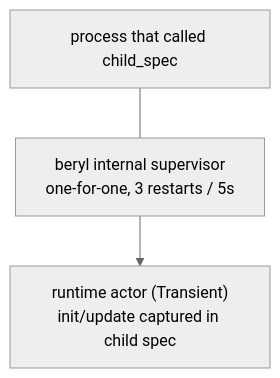
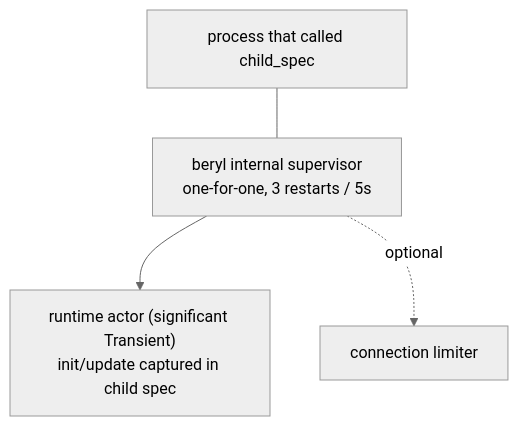
The diagram in website/src/content/docs/architecture/runtime.md (tylerbutler/beryl), drawn with Mermaid (neutral theme) before and after one commit. The commit also changed other lines of this file and 15 other files, not shown here.

````diff
--- a/website/src/content/docs/architecture/runtime.md
+++ b/website/src/content/docs/architecture/runtime.md
@@ -52,6 +52,7 @@
 ```mermaid
 flowchart TB
   APP["process that called child_spec"]
   APP --- SUP["beryl internal supervisor<br/>one-for-one, 3 restarts / 5s"]
-  SUP --> RT["runtime actor (Transient)<br/>init/update captured in child spec"]
+  SUP --> RT["runtime actor (significant Transient)<br/>init/update captured in child spec"]
+  SUP -. optional .-> LIMITER["connection limiter"]
 ```
````
